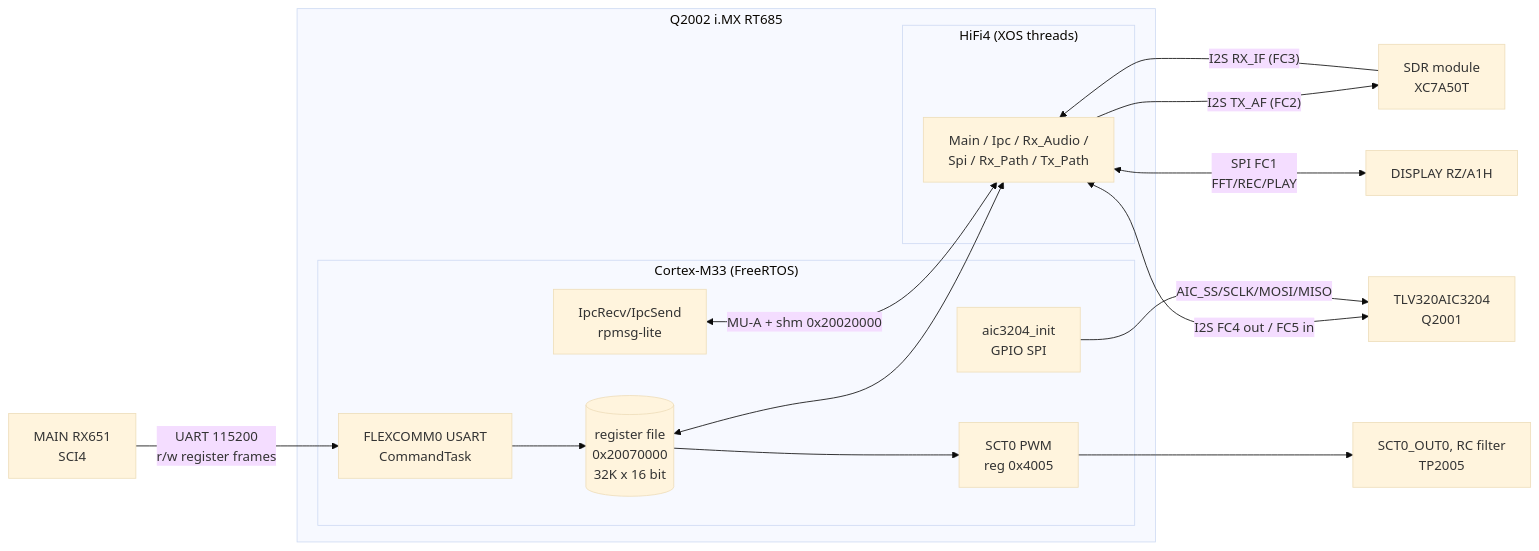
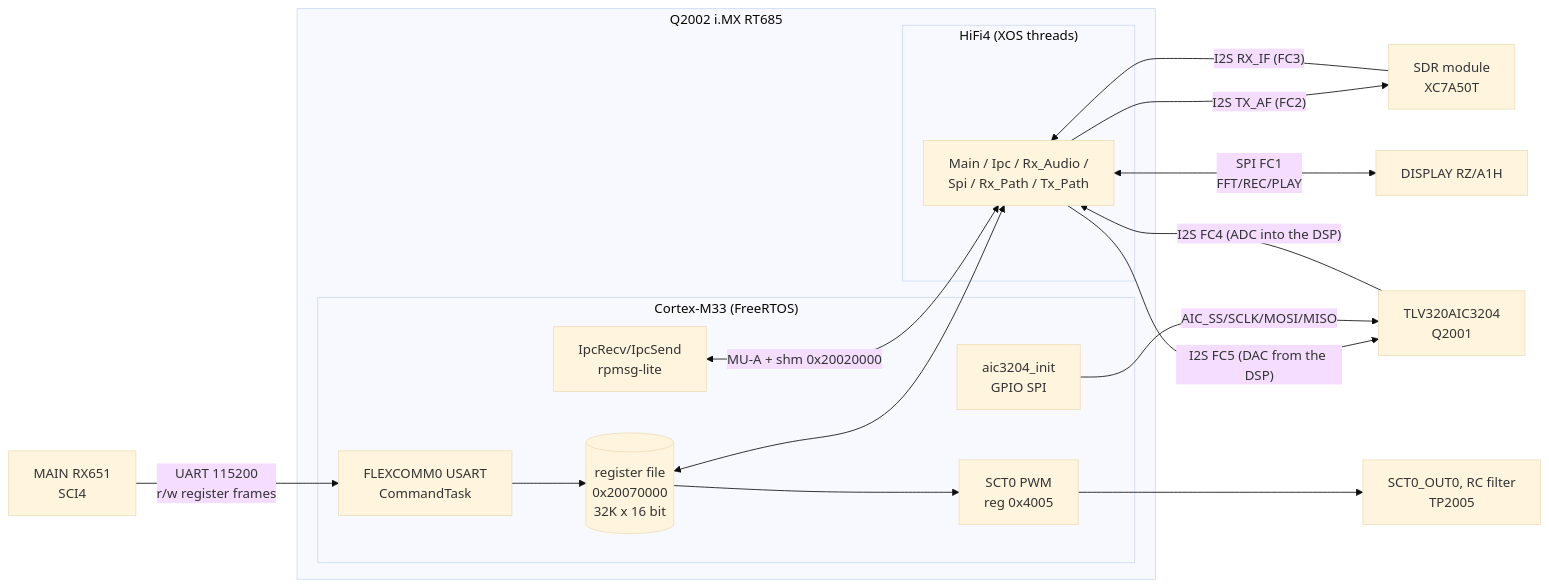
The first of 3 diagrams in docs/code/ifdsp/README.md (Reid-n0rc/FT-710_Firmware), drawn with Mermaid (base theme) before and after one commit. The commit also changed other lines of this file and 2 other files, not shown here.

````diff
--- a/docs/code/ifdsp/README.md
+++ b/docs/code/ifdsp/README.md
@@ -27,26 +27,27 @@
 ```mermaid
 flowchart LR
   MAIN["MAIN RX651<br/>SCI4"] -- "UART 115200<br/>r/w register frames" --> FC0
   subgraph RT685["Q2002 i.MX RT685"]
     subgraph M33["Cortex-M33 (FreeRTOS)"]
       FC0["FLEXCOMM0 USART<br/>CommandTask"]
       RF[("register file<br/>0x20070000<br/>32K x 16 bit")]
       IPC["IpcRecv/IpcSend<br/>rpmsg-lite"]
       CODECCTL["aic3204_init<br/>GPIO SPI"]
       PWM["SCT0 PWM<br/>reg 0x4005"]
     end
     subgraph DSP["HiFi4 (XOS threads)"]
       TH["Main / Ipc / Rx_Audio /<br/>Spi / Rx_Path / Tx_Path"]
     end
     FC0 --> RF
     RF <--> TH
     IPC <-- "MU-A + shm 0x20020000" --> TH
     RF --> PWM
   end
   SDR["SDR module<br/>XC7A50T"] -- "I2S RX_IF (FC3)" --> TH
   TH -- "I2S TX_AF (FC2)" --> SDR
-  TH <-- "I2S FC4 out / FC5 in" --> CODEC["TLV320AIC3204<br/>Q2001"]
+  CODEC -- "I2S FC4 (ADC into the DSP)" --> TH
+  TH -- "I2S FC5 (DAC from the DSP)" --> CODEC["TLV320AIC3204<br/>Q2001"]
   CODECCTL -- "AIC_SS/SCLK/MOSI/MISO" --> CODEC
   TH <-- "SPI FC1<br/>FFT/REC/PLAY" --> DISP["DISPLAY RZ/A1H"]
   PWM --> TP["SCT0_OUT0, RC filter<br/>TP2005"]
 ```
````
